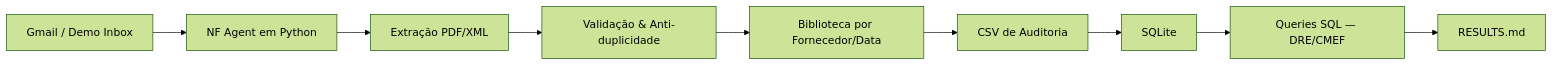
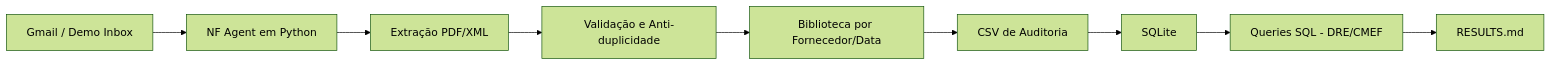
The diagram in README.md (dennerrmartins/finance-ops-automation), drawn with Mermaid (forest theme) before and after one commit. The commit also changed other lines of this file and 1 other file, not shown here.

Commit message:
Corrige diagrama Pipeline: SVG visivel e Mermaid sem caracteres que quebram no GitHub.

````diff
--- a/README.md
+++ b/README.md
@@ -24,11 +29,11 @@
 ```mermaid
 flowchart LR
     A["Gmail / Demo Inbox"] --> B["NF Agent em Python"]
     B --> C["Extração PDF/XML"]
-    C --> D["Validação & Anti-duplicidade"]
+    C --> D["Validação e Anti-duplicidade"]
     D --> E["Biblioteca por Fornecedor/Data"]
     E --> F["CSV de Auditoria"]
     F --> G["SQLite"]
-    G --> H["Queries SQL — DRE/CMEF"]
+    G --> H["Queries SQL - DRE/CMEF"]
     H --> I["RESULTS.md"]
 ```
````
